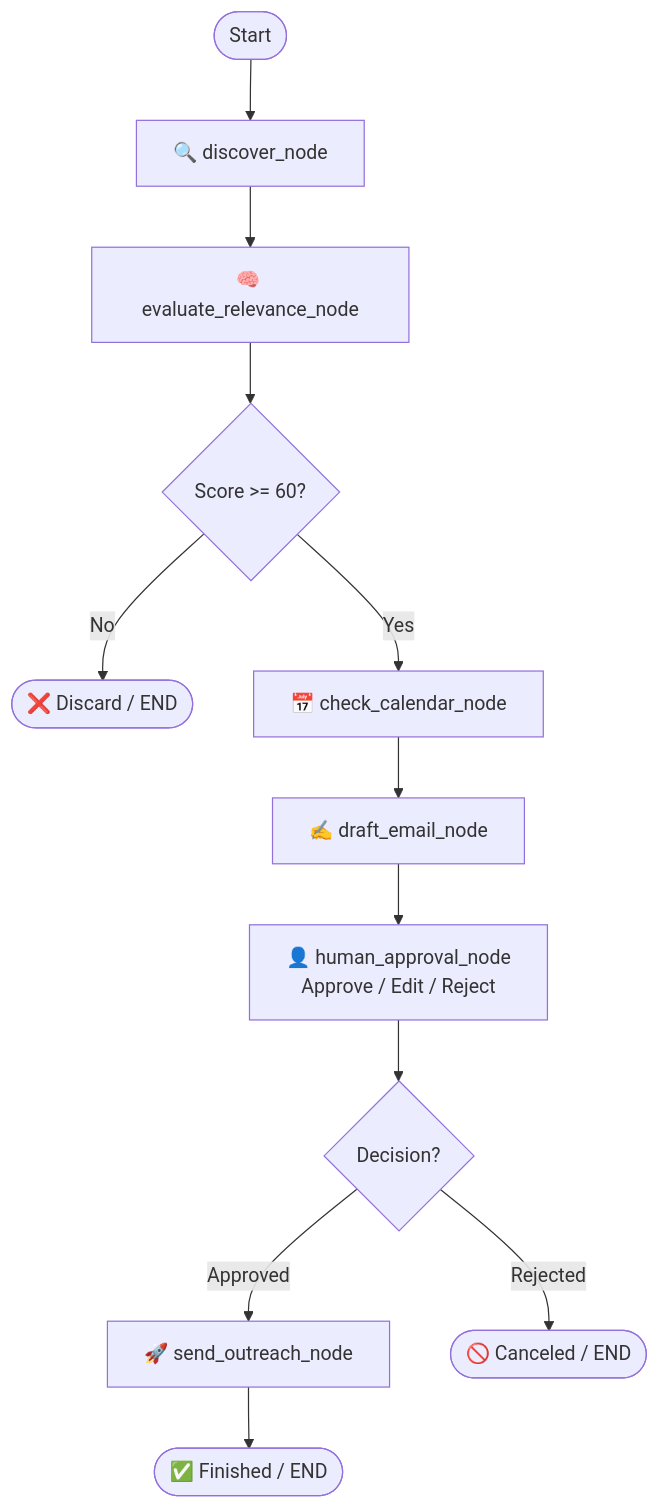
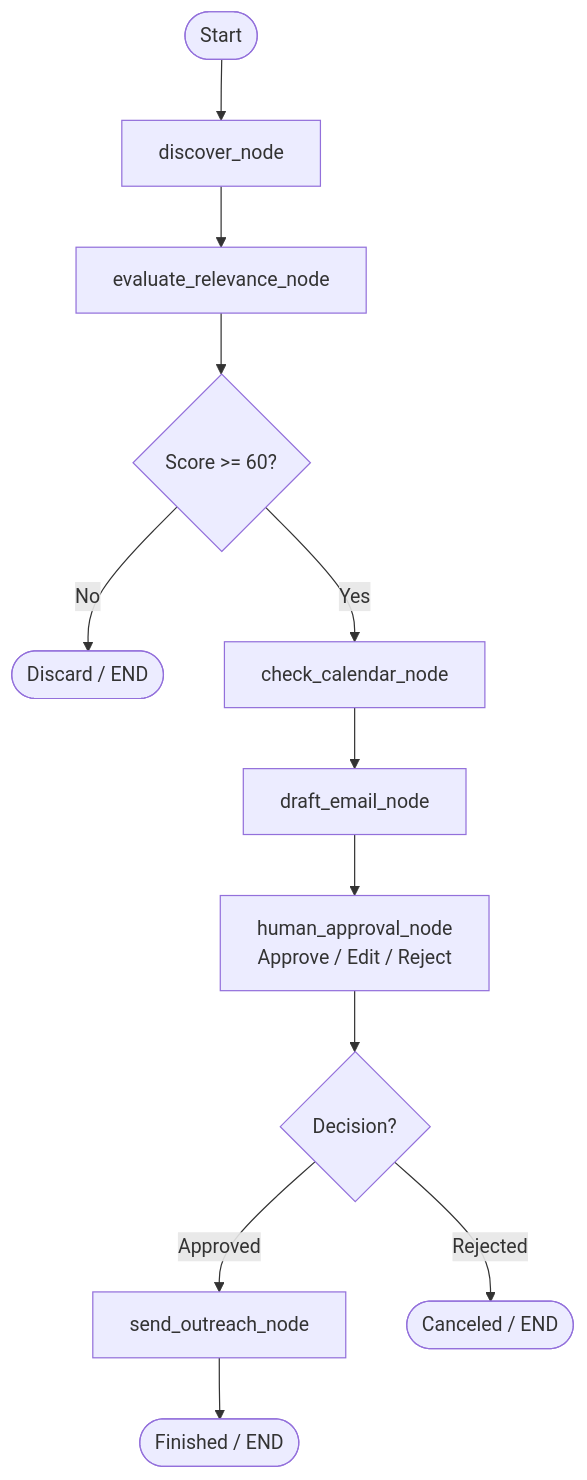
Before and after one commit to SrihithaJindam/NetworkPilot: the diagram in README.md, drawn with Mermaid. The commit also changed other lines of this file, not shown here.

Commit message:
fix(docs): update architecture workflow diagram for clarity and consistency

````diff
--- a/README.md
+++ b/README.md
@@ -20,18 +20,18 @@
 ```mermaid
 flowchart TD
-    Start([Start]) --> Discover[🔍 discover_node]
-    Discover --> Evaluate[🧠 evaluate_relevance_node]
+    Start([Start]) --> Discover[ discover_node]
+    Discover --> Evaluate[ evaluate_relevance_node]
     
     Evaluate --> CheckRelevance{Score >= 60?}
-    CheckRelevance -- No --> EndDiscard([❌ Discard / END])
-    CheckRelevance -- Yes --> CheckCal[📅 check_calendar_node]
+    CheckRelevance -- No --> EndDiscard([ Discard / END])
+    CheckRelevance -- Yes --> CheckCal[ check_calendar_node]
     
-    CheckCal --> Draft[✍️ draft_email_node]
-    Draft --> HumanReview[👤 human_approval_node<br/>Approve / Edit / Reject]
+    CheckCal --> Draft[ draft_email_node]
+    Draft --> HumanReview[ human_approval_node<br/>Approve / Edit / Reject]
     
     HumanReview --> Decision{Decision?}
-    Decision -- Approved --> Send[🚀 send_outreach_node]
-    Decision -- Rejected --> EndRejected([🚫 Canceled / END])
+    Decision -- Approved --> Send[ send_outreach_node]
+    Decision -- Rejected --> EndRejected([ Canceled / END])
     
-    Send --> Finished([✅ Finished / END])
+    Send --> Finished([ Finished / END])
 ```
````
